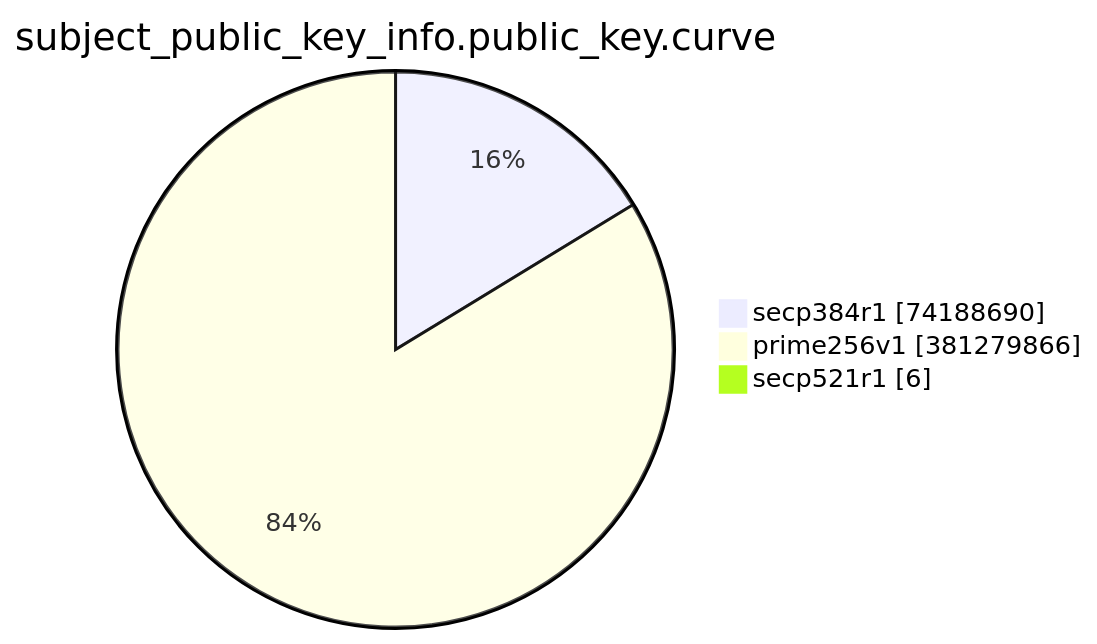
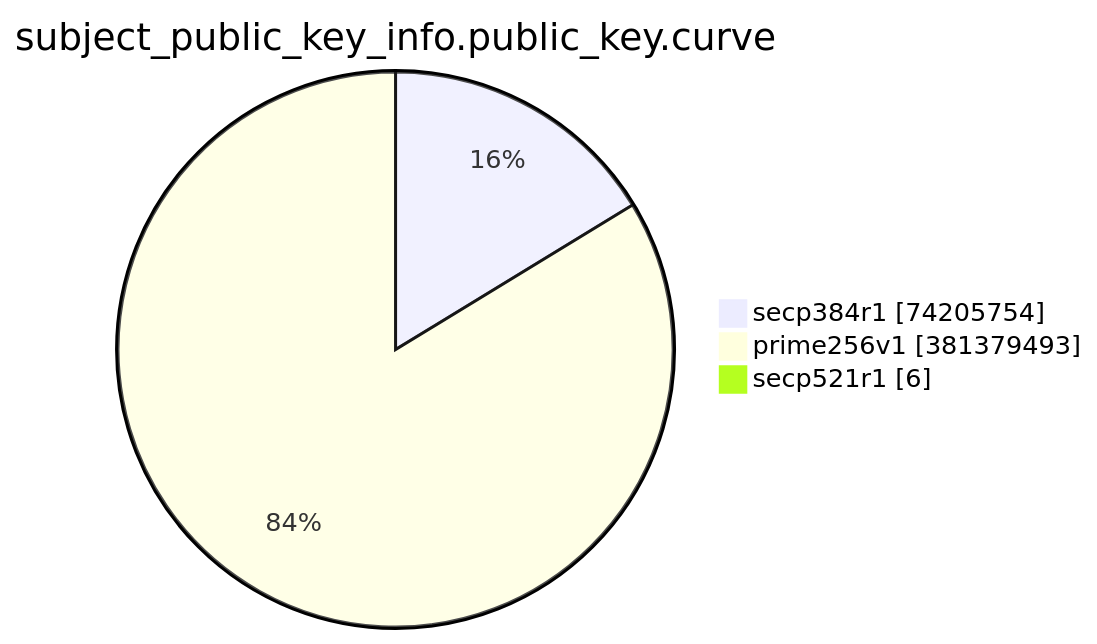
One commit to christiankrug/ctmonitor_visualization changed the eighth of 15 diagrams in TOTAL/README.md. Above: the diagram before and after it, drawn with Mermaid. The commit also changed other lines of this file, not shown here.

````diff
--- a/TOTAL/README.md
+++ b/TOTAL/README.md
@@ -3094,7 +3094,7 @@
 ```mermaid
 pie showData
 title subject_public_key_info.public_key.curve
-"secp384r1" :74188690
-"prime256v1" :381279866
+"secp384r1" :74205754
+"prime256v1" :381379493
 "secp521r1" :6
 ```
````
